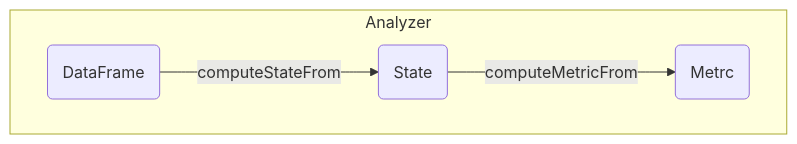
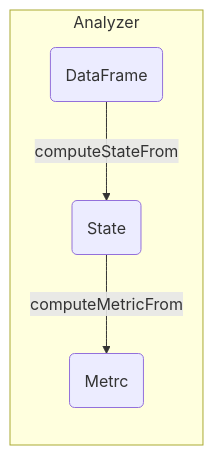
The first of 8 diagrams in work/component/Big-Data/Deequ/mechanism/Deequ-State-Metric-and-Analyzer.md (TomAndersen0714/notebooks), drawn with Mermaid before and after one commit.

Commit message:
更新deequ相关文档

````diff
--- a/work/component/Big-Data/Deequ/mechanism/Deequ-State-Metric-and-Analyzer.md
+++ b/work/component/Big-Data/Deequ/mechanism/Deequ-State-Metric-and-Analyzer.md
@@ -19,13 +19,13 @@
 ```mermaid
 flowchart LR
 
 B(DataFrame)
 C(State)
 D(Metrc)
 
 subgraph Analyzer
-	direction LR
+	direction TB
 	B -->|computeStateFrom| C
 	C -->|computeMetricFrom| D
 end
 ```
````
